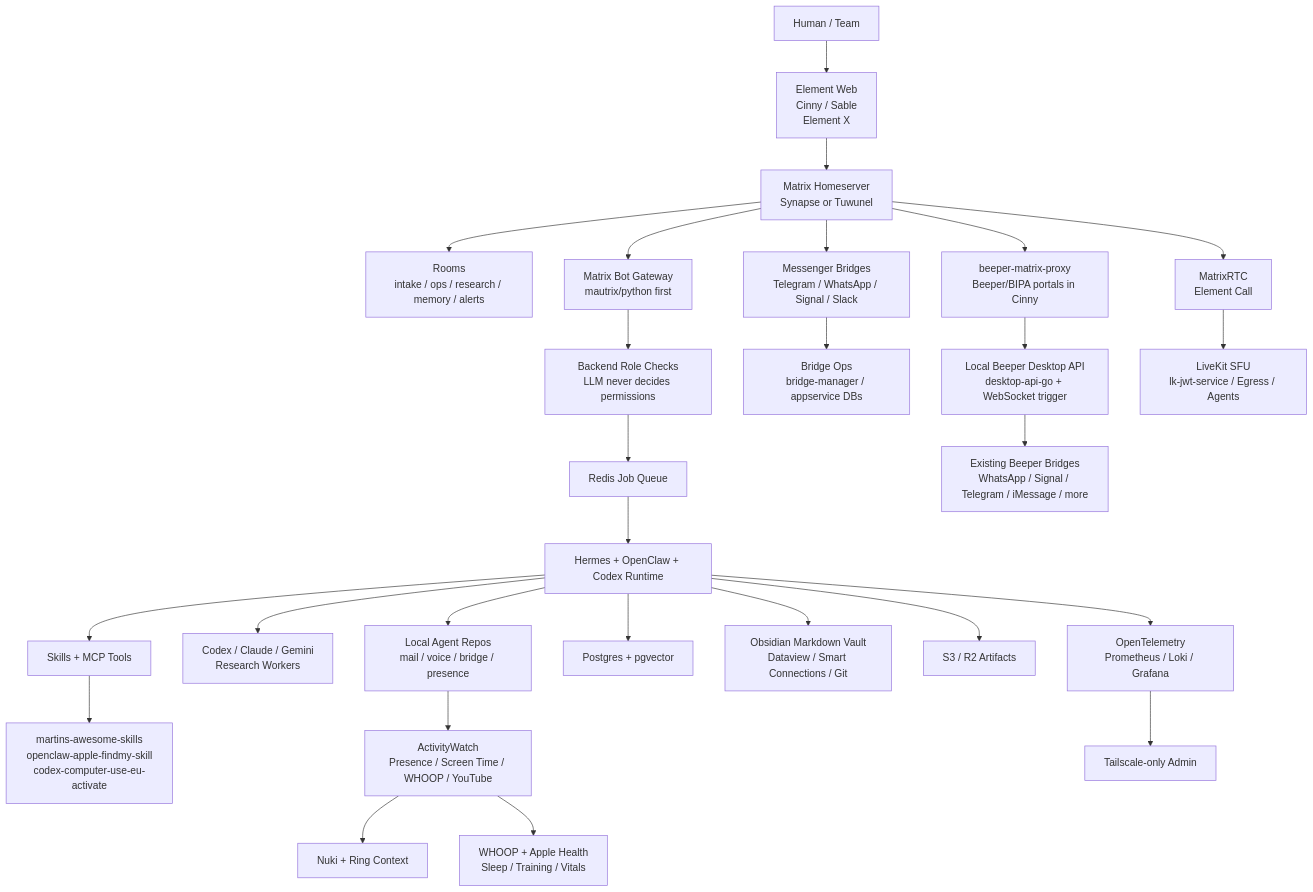
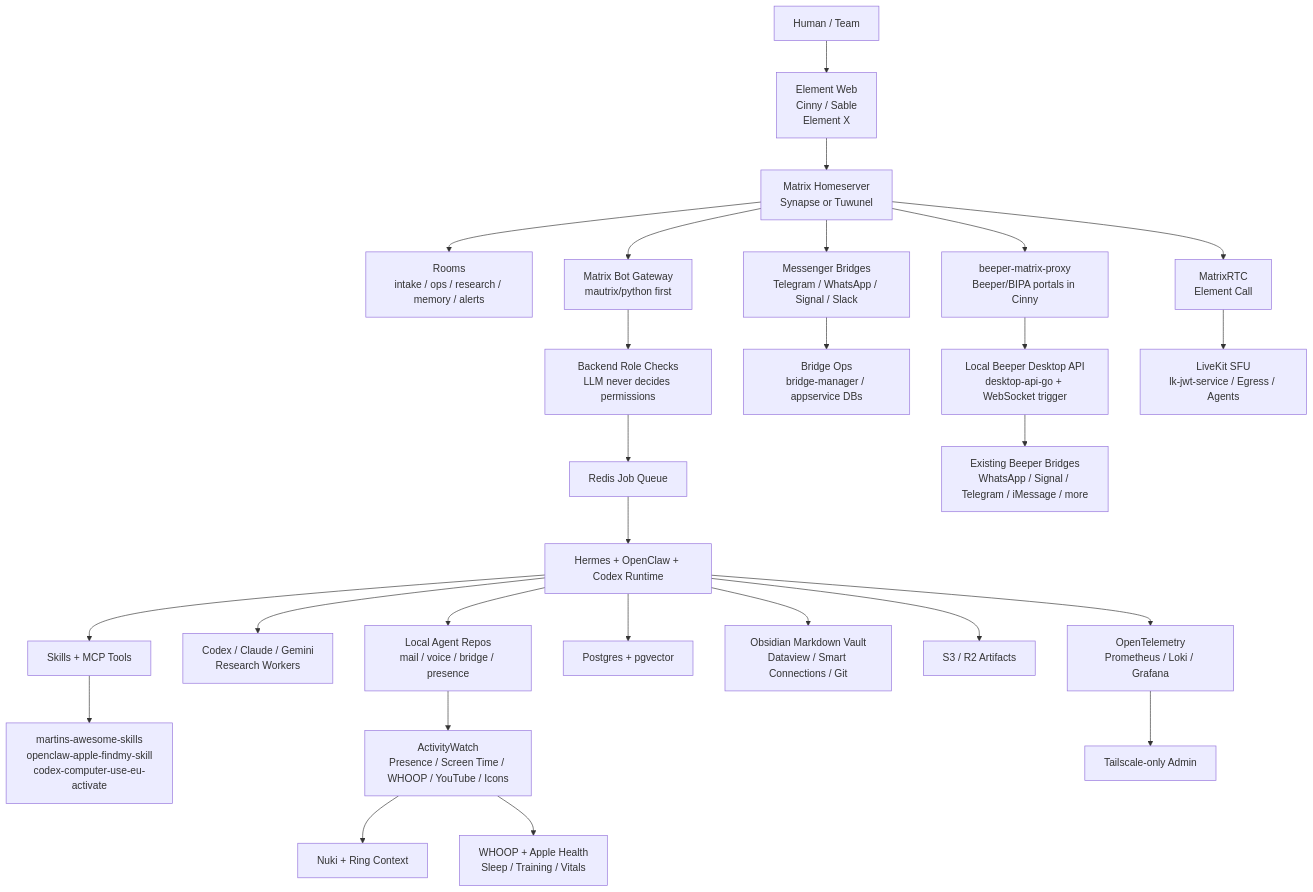
One commit to Martin-Hausleitner/credo changed the first of 2 diagrams in README.md. Above: the diagram before and after it, drawn with Mermaid. The commit also changed other lines of this file and 1 other file, not shown here.

````diff
--- a/README.md
+++ b/README.md
@@ -159,35 +163,35 @@
 ```mermaid
 flowchart TB
   User["Human / Team"] --> Clients["Element Web<br/>Cinny / Sable<br/>Element X"]
   Clients --> Matrix["Matrix Homeserver<br/>Synapse or Tuwunel"]
 
   Matrix --> Rooms["Rooms<br/>intake / ops / research / memory / alerts"]
   Matrix --> Gateway["Matrix Bot Gateway<br/>mautrix/python first"]
   Matrix --> Bridges["Messenger Bridges<br/>Telegram / WhatsApp / Signal / Slack"]
   Matrix --> BeeperProxy["beeper-matrix-proxy<br/>Beeper/BIPA portals in Cinny"]
   Matrix --> RTC["MatrixRTC<br/>Element Call"]
 
   Gateway --> Authz["Backend Role Checks<br/>LLM never decides permissions"]
   Authz --> Queue["Redis Job Queue"]
   Queue --> Runtime["Hermes + OpenClaw + Codex Runtime"]
 
   Runtime --> Skills["Skills + MCP Tools"]
   Skills --> SkillRepos["martins-awesome-skills<br/>openclaw-apple-findmy-skill<br/>codex-computer-use-eu-activate"]
   Runtime --> Workers["Codex / Claude / Gemini<br/>Research Workers"]
   Runtime --> LocalRepos["Local Agent Repos<br/>mail / voice / bridge / presence"]
   Runtime --> Memory["Postgres + pgvector"]
   Runtime --> Vault["Obsidian Markdown Vault<br/>Dataview / Smart Connections / Git"]
   Runtime --> Artifacts["S3 / R2 Artifacts"]
 
-  LocalRepos --> AW["ActivityWatch<br/>Presence / Screen Time / WHOOP / YouTube"]
+  LocalRepos --> AW["ActivityWatch<br/>Presence / Screen Time / WHOOP / YouTube / Icons"]
   AW --> Door["Nuki + Ring Context"]
   AW --> Health["WHOOP + Apple Health<br/>Sleep / Training / Vitals"]
 
   Bridges --> BridgeOps["Bridge Ops<br/>bridge-manager / appservice DBs"]
   BeeperProxy --> BeeperAPI["Local Beeper Desktop API<br/>desktop-api-go + WebSocket trigger"]
   BeeperAPI --> BeeperCloud["Existing Beeper Bridges<br/>WhatsApp / Signal / Telegram / iMessage / more"]
   RTC --> LiveKit["LiveKit SFU<br/>lk-jwt-service / Egress / Agents"]
 
   Runtime --> Observability["OpenTelemetry<br/>Prometheus / Loki / Grafana"]
   Observability --> Tailscale["Tailscale-only Admin"]
 ```
````
